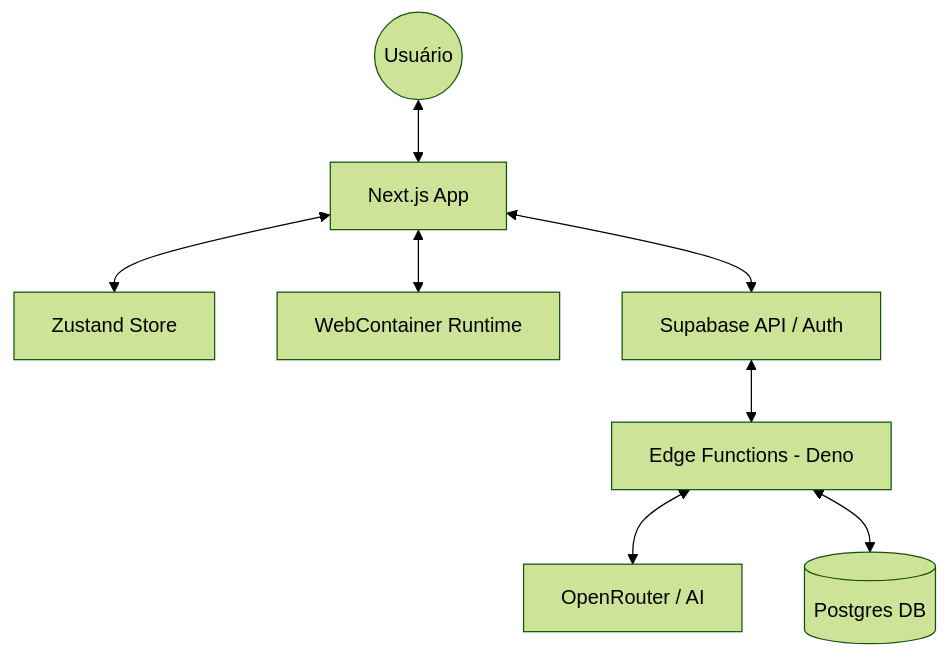
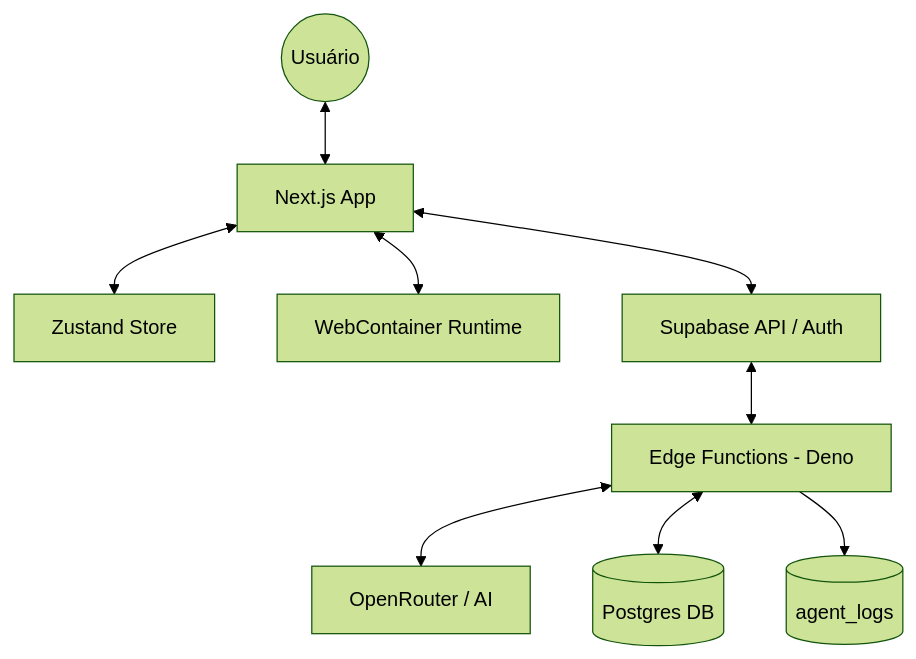
One commit to Doratiotto67/ai-app-builder changed the first of 2 diagrams in docs/documentacao_sistema.md. Above: the diagram before and after it, drawn with Mermaid (forest theme). The commit also changed other lines of this file and 33 other files, not shown here.

````diff
--- a/docs/documentacao_sistema.md
+++ b/docs/documentacao_sistema.md
@@ -40,10 +45,11 @@
 ```mermaid
 graph TD
     User((Usuário)) <--> Frontend[Next.js App]
     Frontend <--> Store[Zustand Store]
     Frontend <--> WC[WebContainer Runtime]
     Frontend <--> SB[Supabase API / Auth]
     SB <--> EF[Edge Functions - Deno]
     EF <--> LLM[OpenRouter / AI]
     EF <--> DB[(Postgres DB)]
+    EF --> Logs[(agent_logs)]
 ```
````
